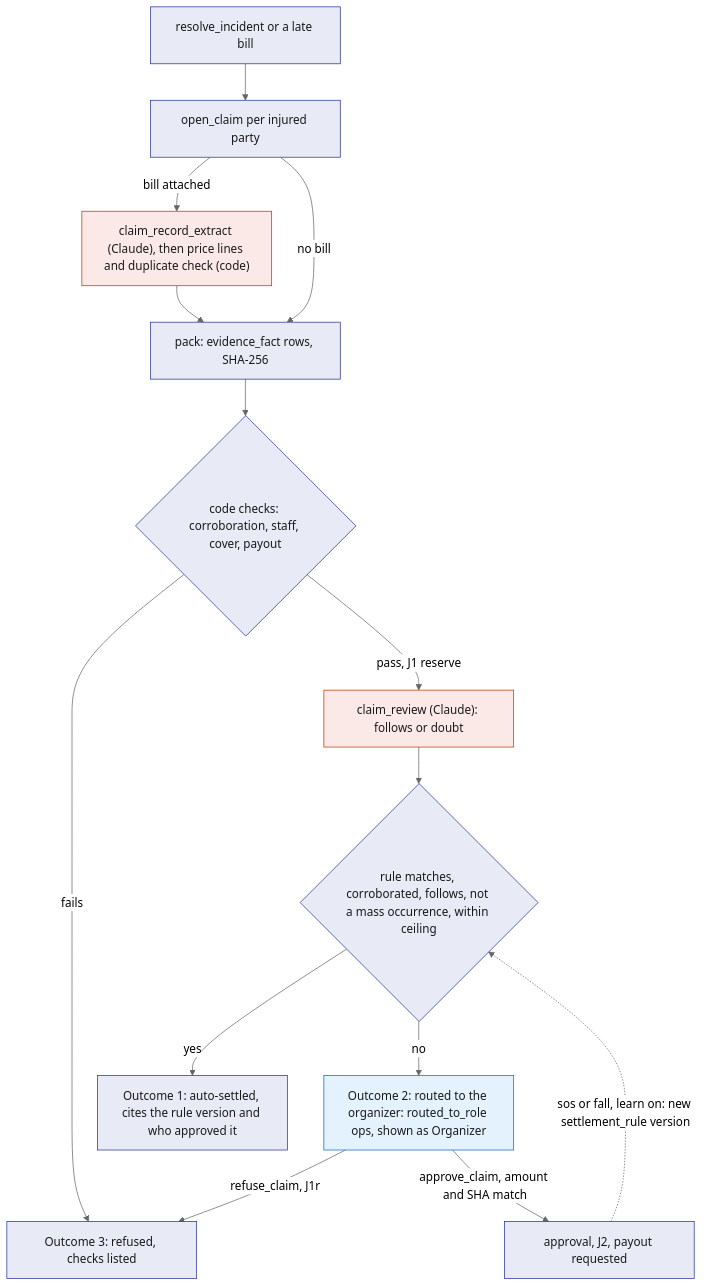
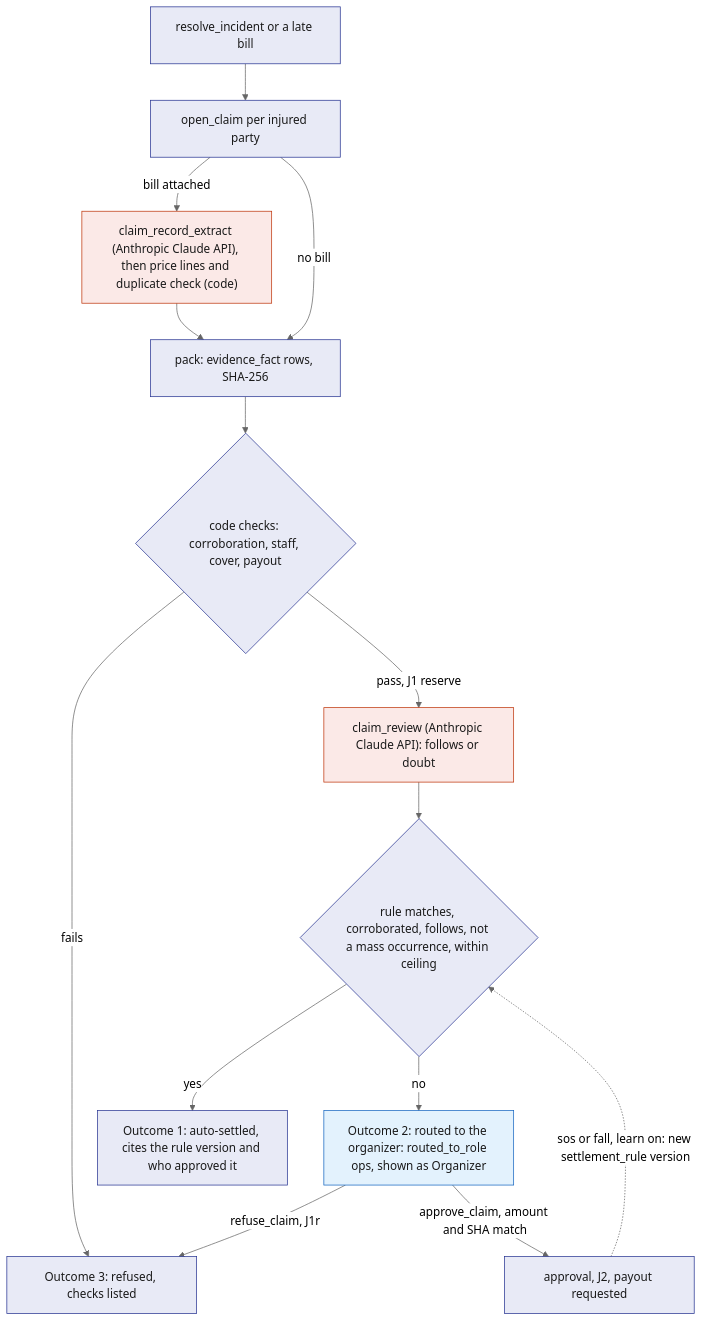
The first of 5 diagrams in System Design/6-features/Insurance.md (viktorinkov/cal-hacks-13), drawn with Mermaid (neutral theme) before and after one commit. The commit also changed other lines of this file and 26 other files, not shown here.

````diff
--- a/System Design/6-features/Insurance.md
+++ b/System Design/6-features/Insurance.md
@@ -230,22 +262,22 @@
 ```mermaid
 flowchart TD
   R["resolve_incident or a late bill"] --> O["open_claim per injured party"]
-  O -->|"bill attached"| B["claim_record_extract (Claude), then price lines and duplicate check (code)"]
+  O -->|"bill attached"| B["claim_record_extract (Anthropic Claude API), then price lines and duplicate check (code)"]
   O -->|"no bill"| K
   B --> K["pack: evidence_fact rows, SHA-256"]
   K --> C{"code checks: corroboration, staff, cover, payout"}
   C -->|"fails"| X["Outcome 3: refused, checks listed"]
-  C -->|"pass, J1 reserve"| CR["claim_review (Claude): follows or doubt"]
+  C -->|"pass, J1 reserve"| CR["claim_review (Anthropic Claude API): follows or doubt"]
   CR --> S{"rule matches, corroborated, follows, not a mass occurrence, within ceiling"}
   S -->|"yes"| A["Outcome 1: auto-settled, cites the rule version and who approved it"]
   S -->|"no"| Q["Outcome 2: routed to the organizer: routed_to_role ops, shown as Organizer"]
   Q -->|"refuse_claim, J1r"| X
   Q -->|"approve_claim, amount and SHA match"| P["approval, J2, payout requested"]
   P -.->|"sos or fall, learn on: new settlement_rule version"| S
   classDef stdb fill:#E8EAF6,stroke:#283593,color:#1A1A1A
   classDef rust fill:#FBE9E7,stroke:#BF360C,color:#1A1A1A
   classDef web fill:#E3F2FD,stroke:#1565C0,color:#1A1A1A
   class R,O,K,C,S,A,P,X stdb
   class B,CR rust
   class Q web
 ```
````
